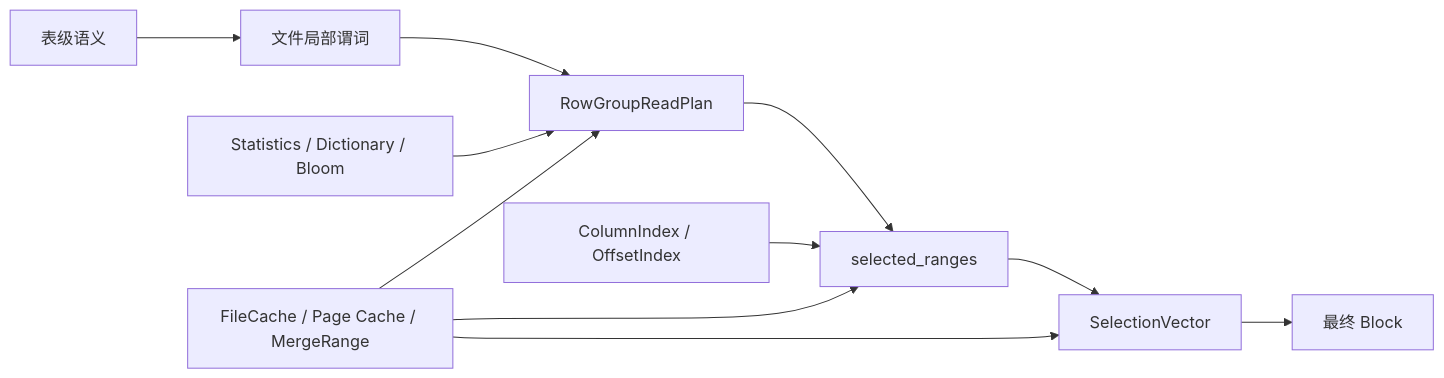
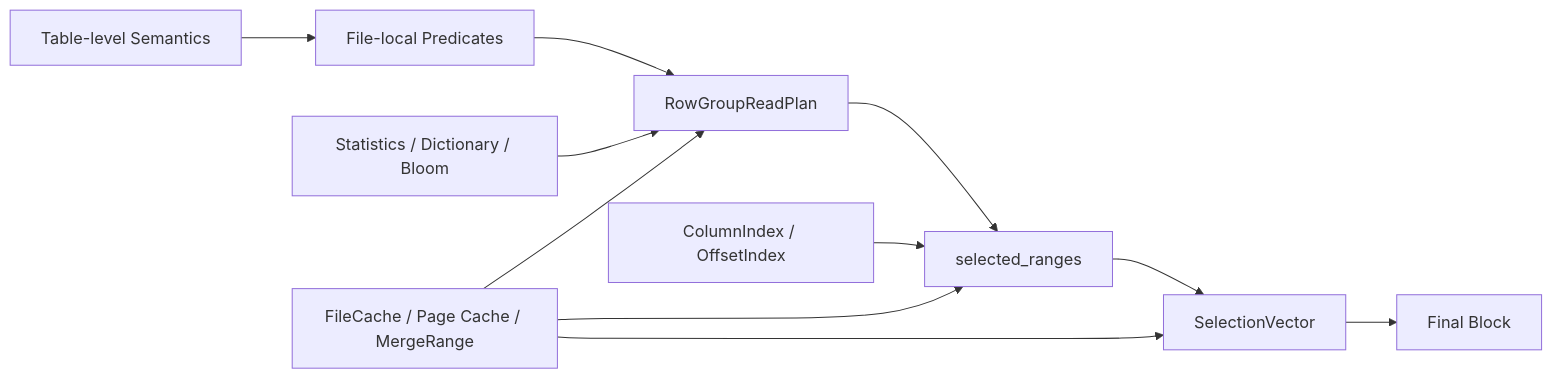
One commit to apache/doris changed diagram 13 of 13 in docs/file-scanner-v2-parquet-scan-design.md. Above: the diagram before and after it, drawn with Mermaid. The commit also changed other lines of this file and 1 other file, not shown here.

````diff
--- a/docs/file-scanner-v2-parquet-scan-design.md
+++ b/docs/file-scanner-v2-parquet-scan-design.md
@@ -447,9 +488,9 @@
 ```mermaid
 flowchart LR
-  A[表级语义] --> B[文件局部谓词] --> C[RowGroupReadPlan] --> D[selected_ranges] --> E[SelectionVector] --> F[最终 Block]
+  A[Table-level Semantics] --> B[File-local Predicates] --> C[RowGroupReadPlan] --> D[selected_ranges] --> E[SelectionVector] --> F[Final Block]
   G[Statistics / Dictionary / Bloom] --> C
   H[ColumnIndex / OffsetIndex] --> D
   I[FileCache / Page Cache / MergeRange] --> C
   I --> D
   I --> E
 ```
````
